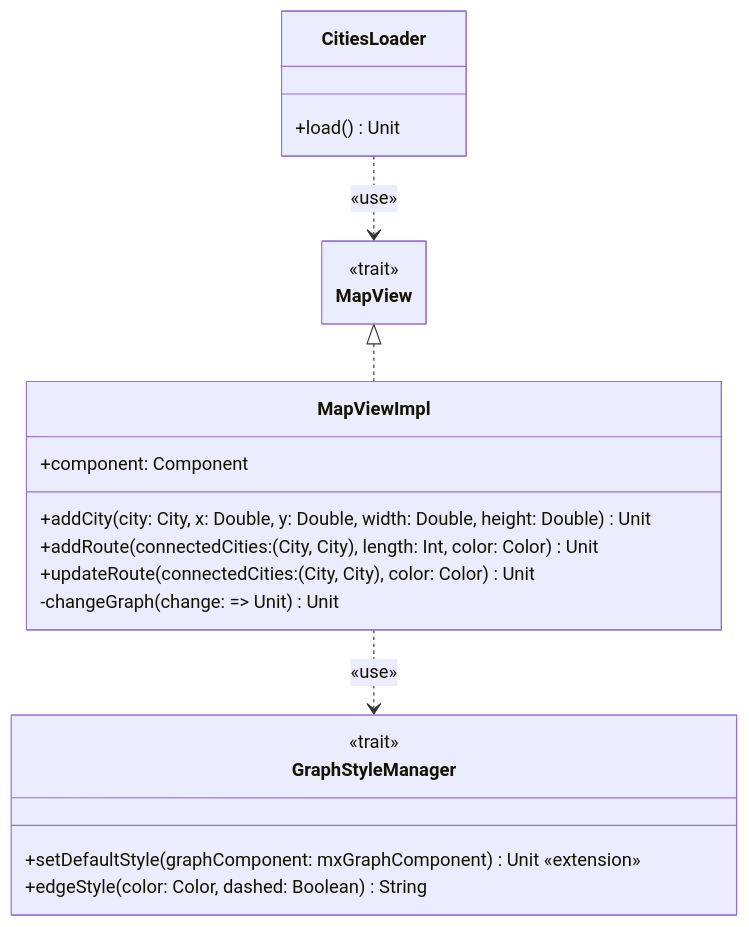
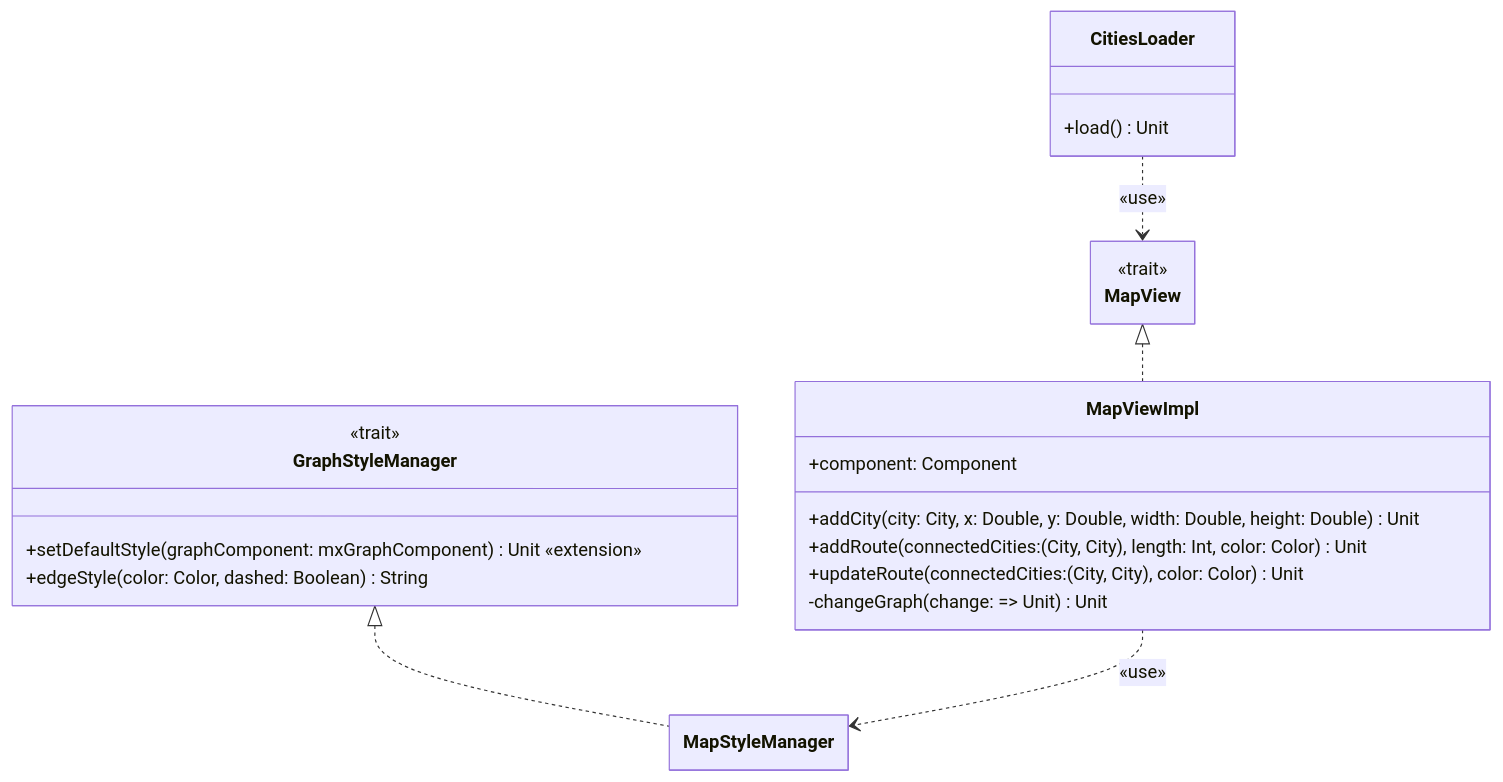
The diagram in docs/impl_map_view.md (FilippoPracucci/PPS-24-ttr-scala), drawn with Mermaid before and after one commit. The commit also changed other lines of this file, not shown here.

Commit message:
docs: improve MapView impl

````diff
--- a/docs/impl_map_view.md
+++ b/docs/impl_map_view.md
@@ -11,29 +11,30 @@
 ```mermaid
 ---
 config:
   class:
     hideEmptyMembersBox: true
 ---
 classDiagram
     class MapView {
         <<trait>>
     }
     class MapViewImpl {
         +component: Component
         +addCity(city: City, x: Double, y: Double, width: Double, height: Double) Unit
         +addRoute(connectedCities: (City, City), length: Int, color: Color) Unit
         +updateRoute(connectedCities: (City, City), color: Color) Unit
         -changeGraph(change: => Unit) Unit
     }
     class GraphStyleManager {
         <<trait>>
         +setDefaultStyle(graphComponent: mxGraphComponent) Unit «extension»
         +edgeStyle(color: Color, dashed: Boolean) String
     }
     class CitiesLoader {
         +load() Unit
     }
     MapView <|.. MapViewImpl
-    MapViewImpl ..> GraphStyleManager: «use»
+    GraphStyleManager <|.. MapStyleManager
+    MapViewImpl ..> MapStyleManager: «use»
     CitiesLoader ..> MapView: «use»
 ```
````
